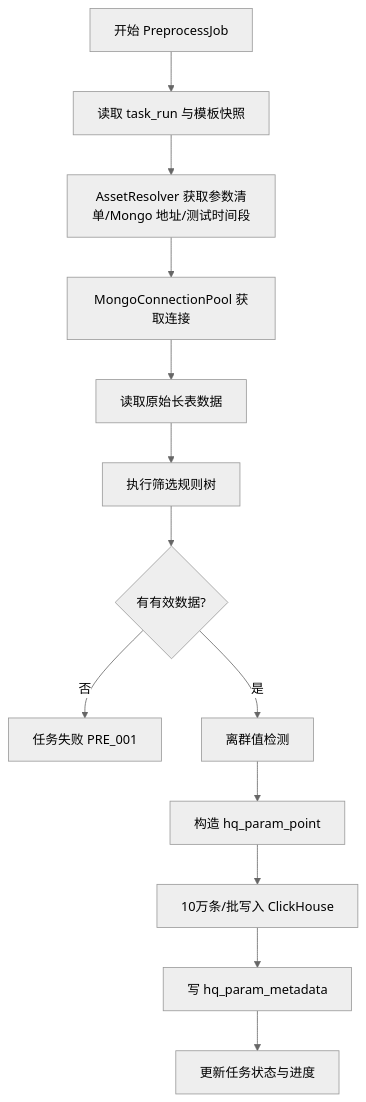
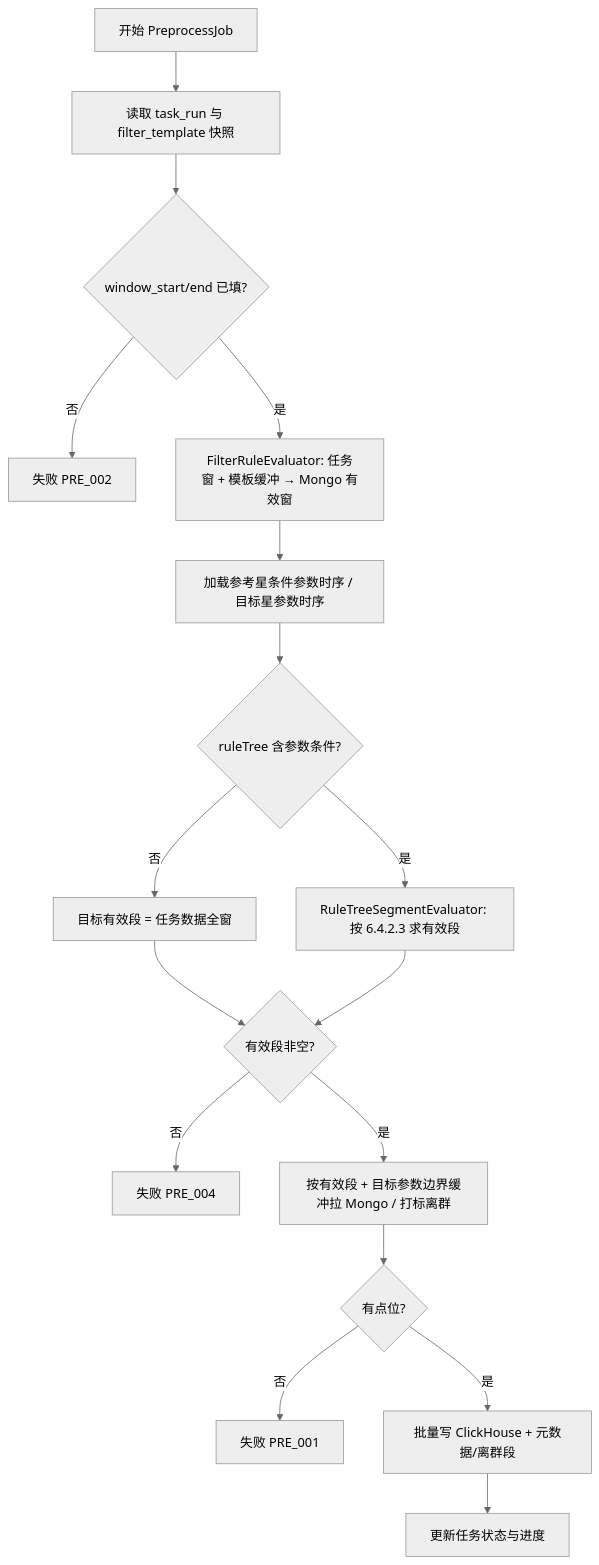
Diagram 11 of 16 in design/详细设计文档_卫星测试数据预处理与数据分析平台_V2.0.md (supertsingbo-art/SatelliteDataAnalytics), drawn with Mermaid (neutral theme) before and after one commit. The commit also changed other lines of this file and 32 other files, not shown here.

````diff
--- a/design/详细设计文档_卫星测试数据预处理与数据分析平台_V2.0.md
+++ b/design/详细设计文档_卫星测试数据预处理与数据分析平台_V2.0.md
@@ -1726,15 +1775,19 @@
 ```mermaid
 flowchart TD
-    A[开始 PreprocessJob] --> B[读取 task_run 与模板快照]
-    B --> C[AssetResolver 获取参数清单/Mongo 地址/测试时间段]
-    C --> D[MongoConnectionPool 获取连接]
-    D --> E[读取原始长表数据]
-    E --> F[执行筛选规则树]
-    F --> G{有有效数据?}
-    G -- 否 --> H[任务失败 PRE_001]
-    G -- 是 --> I[离群值检测]
-    I --> J[构造 hq_param_point]
-    J --> K[10万条/批写入 ClickHouse]
-    K --> L[写 hq_param_metadata]
+    A[开始 PreprocessJob] --> B[读取 task_run 与 filter_template 快照]
+    B --> C{window_start/end 已填?}
+    C -- 否 --> C1[失败 PRE_002]
+    C -- 是 --> D[FilterRuleEvaluator: 任务窗 + 模板缓冲 → Mongo 有效窗]
+    D --> E[加载参考星条件参数时序 / 目标星参数时序]
+    E --> F{ruleTree 含参数条件?}
+    F -- 否 --> F1[目标有效段 = 任务数据全窗]
+    F -- 是 --> F2[RuleTreeSegmentEvaluator: 按 6.4.2.3 求有效段]
+    F1 --> G
+    F2 --> G{有效段非空?}
+    G -- 否 --> H[失败 PRE_004]
+    G -- 是 --> I[按有效段 + 目标参数边界缓冲拉 Mongo / 打标离群]
+    I --> J{有点位?}
+    J -- 否 --> K[失败 PRE_001]
+    J -- 是 --> L[批量写 ClickHouse + 元数据/离群段]
     L --> M[更新任务状态与进度]
 ```
````
